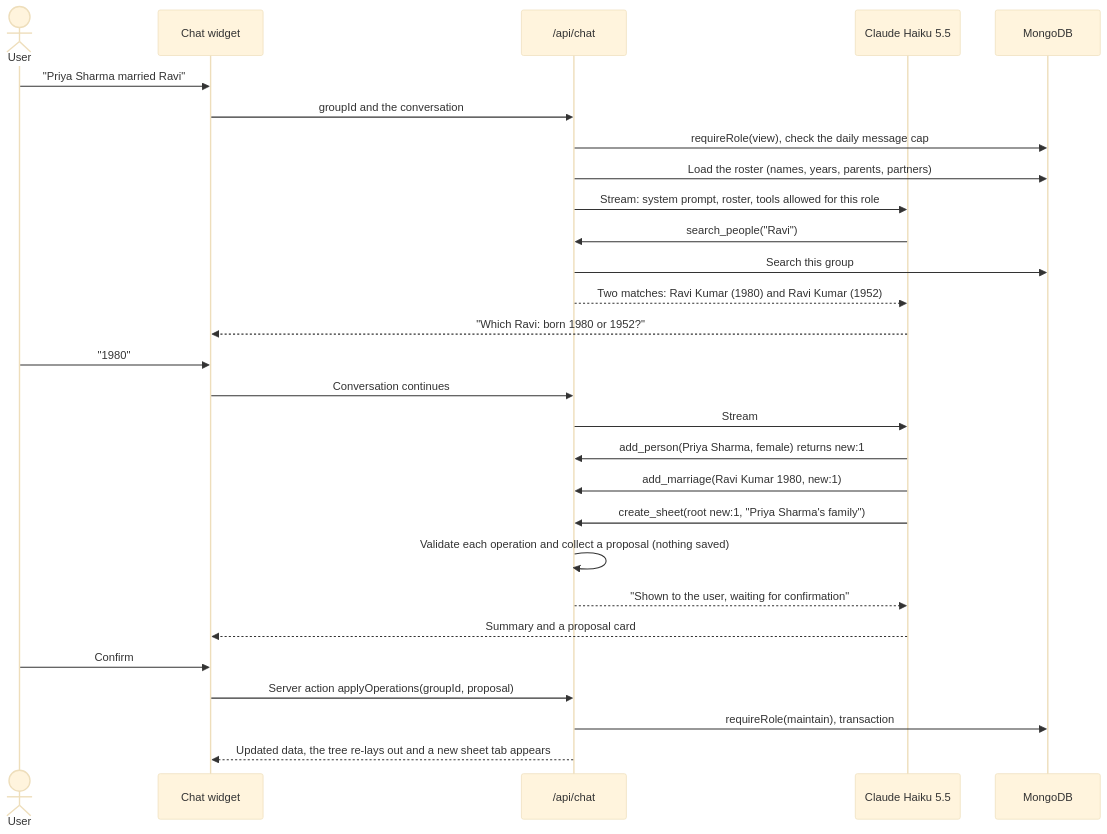
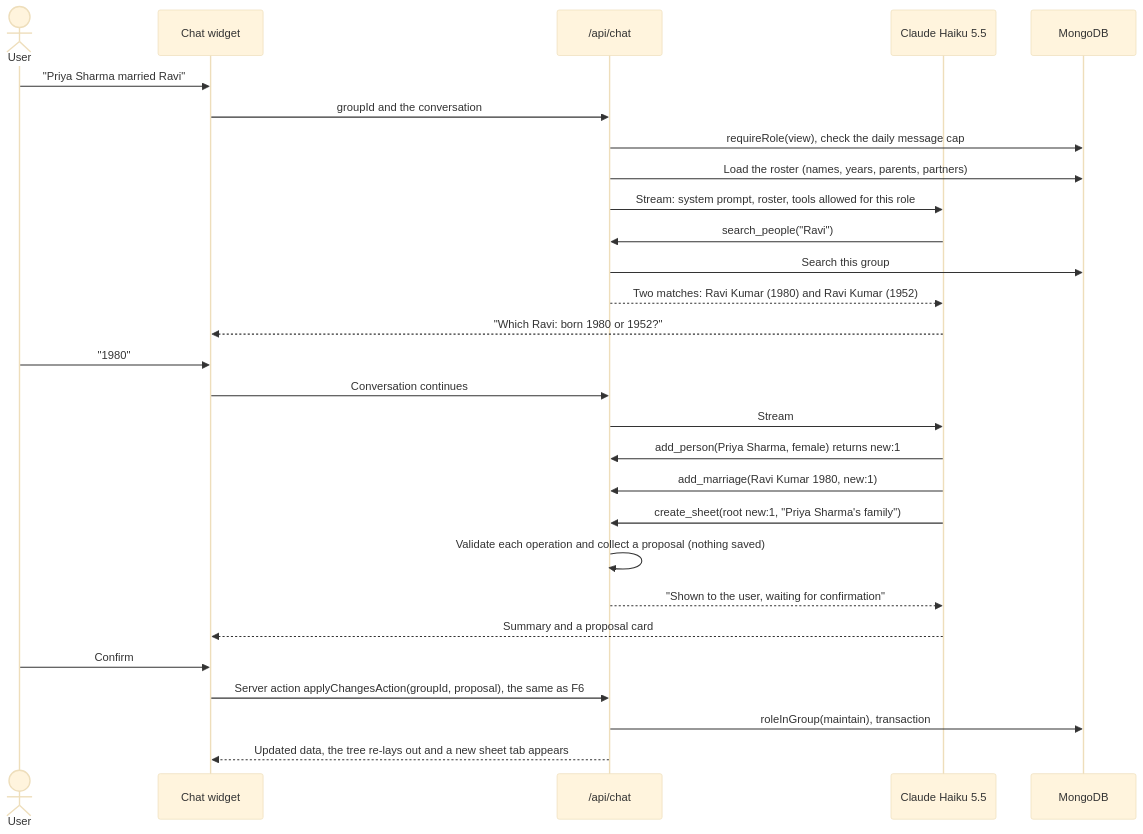
One commit to harikiranvusirikala/Family-Tree-with-AI changed the ninth of 14 diagrams in ARCHITECTURE.md. Above: the diagram before and after it, drawn with Mermaid (base theme). The commit also changed other lines of this file and 2 other files, not shown here.

````diff
--- a/ARCHITECTURE.md
+++ b/ARCHITECTURE.md
@@ -389,30 +410,30 @@
 ```mermaid
 sequenceDiagram
     actor U as User
     participant B as Chat widget
     participant App as /api/chat
     participant C as Claude Haiku 5.5
     participant DB as MongoDB
     U->>B: "Priya Sharma married Ravi"
     B->>App: groupId and the conversation
     App->>DB: requireRole(view), check the daily message cap
     App->>DB: Load the roster (names, years, parents, partners)
     App->>C: Stream: system prompt, roster, tools allowed for this role
     C->>App: search_people("Ravi")
     App->>DB: Search this group
     App-->>C: Two matches: Ravi Kumar (1980) and Ravi Kumar (1952)
     C-->>B: "Which Ravi: born 1980 or 1952?"
     U->>B: "1980"
     B->>App: Conversation continues
     App->>C: Stream
     C->>App: add_person(Priya Sharma, female) returns new:1
     C->>App: add_marriage(Ravi Kumar 1980, new:1)
     C->>App: create_sheet(root new:1, "Priya Sharma's family")
     App->>App: Validate each operation and collect a proposal (nothing saved)
     App-->>C: "Shown to the user, waiting for confirmation"
     C-->>B: Summary and a proposal card
     U->>B: Confirm
-    B->>App: Server action applyOperations(groupId, proposal)
-    App->>DB: requireRole(maintain), transaction
+    B->>App: Server action applyChangesAction(groupId, proposal), the same as F6
+    App->>DB: roleInGroup(maintain), transaction
     App-->>B: Updated data, the tree re-lays out and a new sheet tab appears
 ```
````
